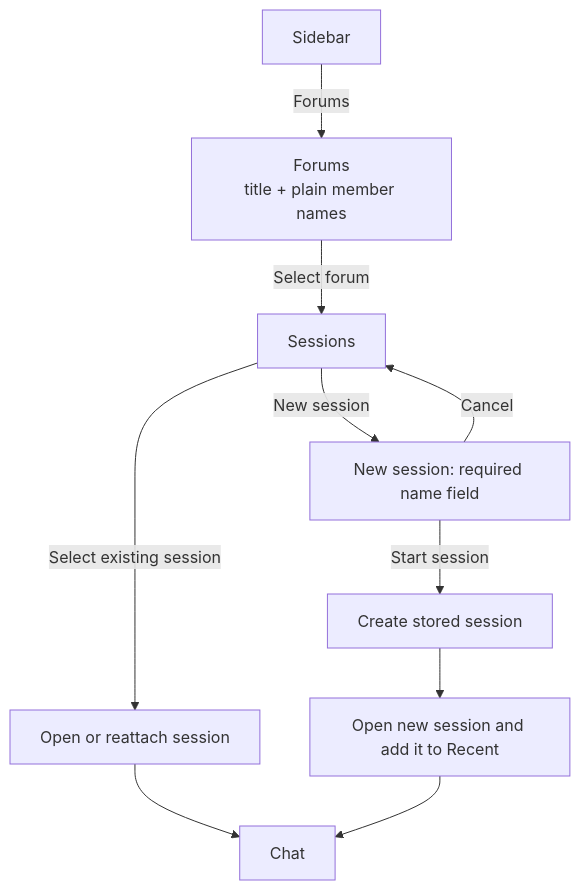
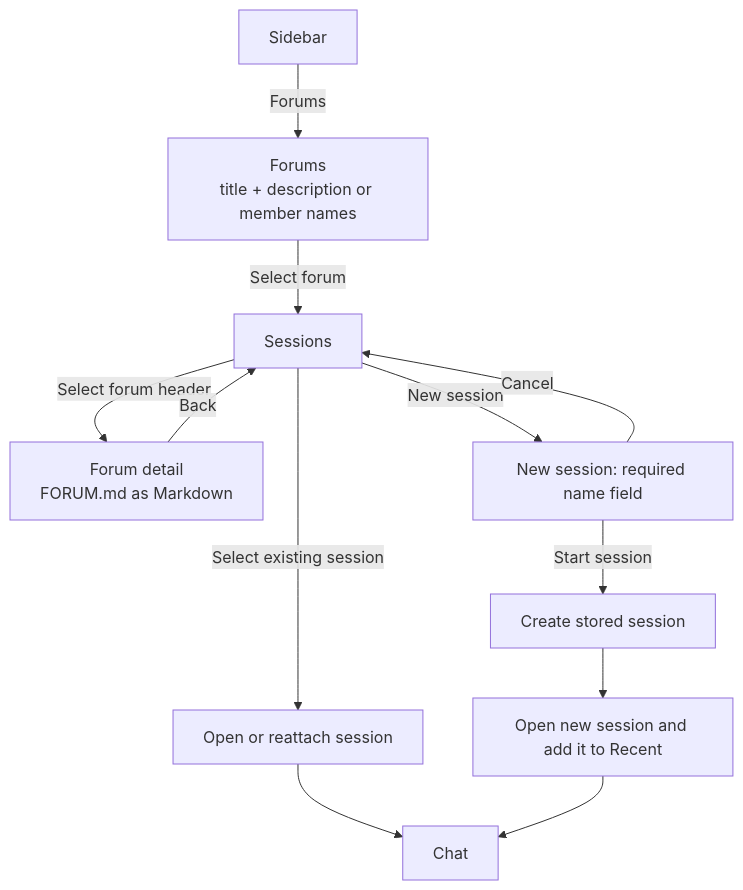
The third of 6 diagrams in docs/web-ui/flows.md (michaelpopov/cha), drawn with Mermaid before and after one commit. The commit also changed 22 other files, not shown here.

Commit message:
Presenting forum description

````diff
--- a/docs/web-ui/flows.md
+++ b/docs/web-ui/flows.md
@@ -45,12 +45,14 @@
 ```mermaid
 flowchart TD
-    Sidebar["Sidebar"] -->|"Forums"| Forums["Forums<br/>title + plain member names"]
+    Sidebar["Sidebar"] -->|"Forums"| Forums["Forums<br/>title + description or member names"]
     Forums -->|"Select forum"| Sessions["Sessions"]
+    Sessions -->|"Select forum header"| ForumDetail["Forum detail<br/>FORUM.md as Markdown"]
+    ForumDetail -->|"Back"| Sessions
     Sessions -->|"Select existing session"| OpenExisting["Open or reattach session"]
     OpenExisting --> Chat["Chat"]
     Sessions -->|"New session"| Name["New session: required name field"]
     Name -->|"Cancel"| Sessions
     Name -->|"Start session"| Create["Create stored session"]
     Create --> OpenNew["Open new session and add it to Recent"]
     OpenNew --> Chat
 ```
````
